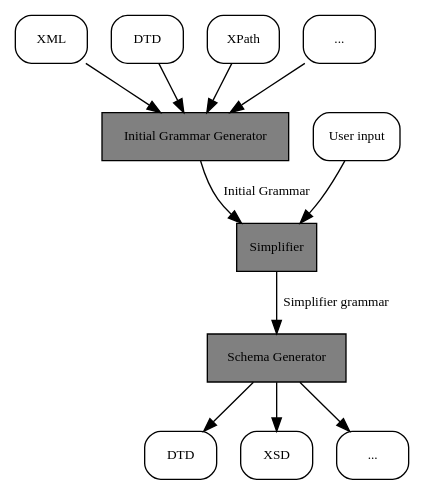
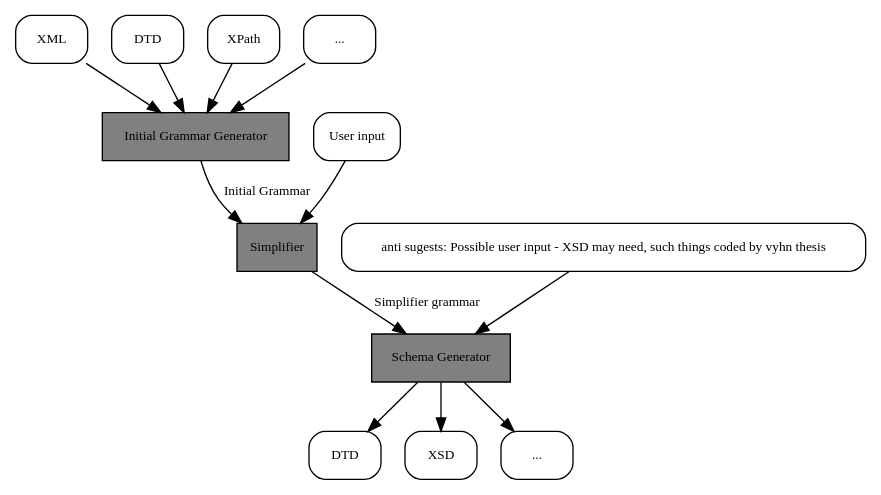
One commit to otmarjr/jInfer-fork changed the diagram in doc/jInfer/full/architecture/inference_process.gv. Above: the diagram before and after it, drawn with Graphviz. The commit also changed 15 other files, not shown here.

Commit message:
3154619 Create documentation for jInfer architecture - consistent xml representation looking, some points for vektor and xml example of tree

```diff
--- a/doc/jInfer/full/architecture/inference_process.gv
+++ b/doc/jInfer/full/architecture/inference_process.gv
@@ -1,27 +1,29 @@
 digraph inference_process {
 	node [shape = rectangle, fontname = "TeXGyrePagella-Regular", fontsize = 10];
 	edge [fontname = "TeXGyrePagella-Regular", fontsize = 10];
 
 	node [style= rounded];
 	input_xml [label = "XML"];
 	input_dtd [label = "DTD"];
 	input_xpath [label = "XPath"];
 	input_misc [label ="..."];
 	input_xml -> 1;
 	input_dtd -> 1;
 	input_xpath -> 1;
 	input_misc -> 1;
 	1 [label = "Initial Grammar Generator" style = "filled" fillcolor = "grey"];
 	1 -> 2 [label = "Initial Grammar"];
 	user_input [label = "User input"];
 	user_input -> 2;
 	2 [label = "Simplifier" style = "filled" fillcolor = "grey"];
 	2 -> 3 [label = "Simplifier grammar"];
 	3 [label = "Schema Generator" style = "filled" fillcolor = "grey"];
+	possible_user_input [label = "anti sugests: Possible user input - XSD may need, such things coded by vyhn thesis"];
+	possible_user_input -> 3;
 	output_dtd [label = "DTD"];
 	output_xsd [label = "XSD"];
 	output_misc [label = "..."];
 	3 -> output_dtd;
 	3 -> output_xsd;
 	3 -> output_misc;
 }
```
